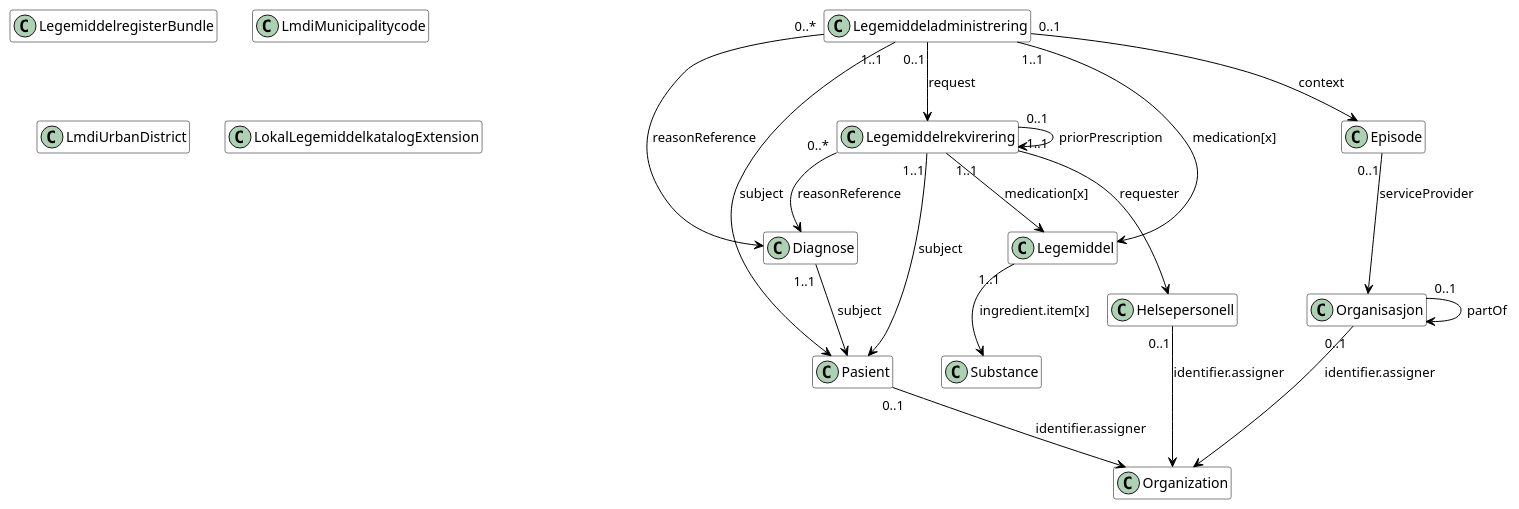
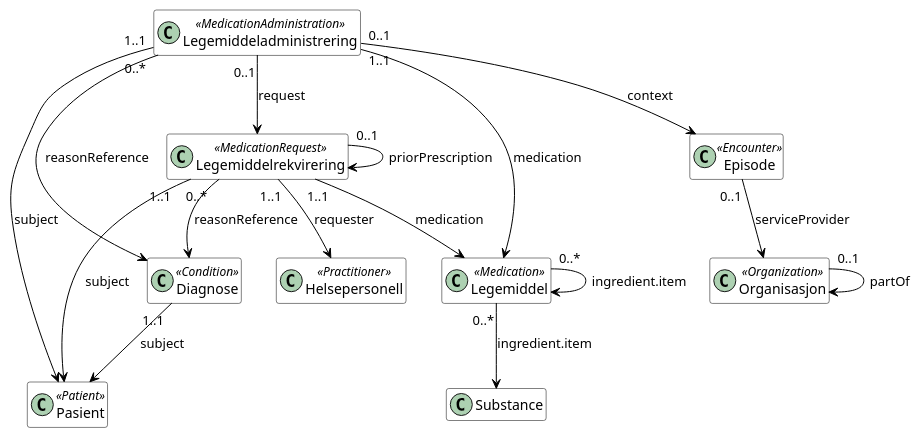
Before and after one commit to HL7Norway/LMDI: the diagram in LMDI/input/images/informasjonsmodell-enkel.plantuml, drawn with PlantUML. The commit also changed 1 other file, not shown here.

```diff
--- a/LMDI/input/images/informasjonsmodell-enkel.plantuml
+++ b/LMDI/input/images/informasjonsmodell-enkel.plantuml
@@ -1,43 +1,36 @@
 @startuml
 
 hide empty members
 skinparam class {
     BackgroundColor White
     ArrowColor Black
     BorderColor Black
 }
 
-class LegemiddelregisterBundle
-class Diagnose
-class Pasient
-class Episode
-class Organisasjon
-class Legemiddel
+class Diagnose <<Condition>>
+class Episode <<Encounter>>
+class Helsepersonell <<Practitioner>>
+class Legemiddel <<Medication>>
+class Legemiddeladministrering <<MedicationAdministration>>
+class Legemiddelrekvirering <<MedicationRequest>>
+class Organisasjon <<Organization>>
+class Pasient <<Patient>>
 class Substance
-class Legemiddeladministrering
-class Legemiddelrekvirering
-class Helsepersonell
-class LmdiMunicipalitycode
-class Organization
-class LmdiUrbanDistrict
-class LokalLegemiddelkatalogExtension
 
 Diagnose "1..1" --> Pasient : "subject"
 Episode "0..1" --> Organisasjon : "serviceProvider"
-Legemiddel "1..1" --> Substance : "ingredient.item[x]"
-Legemiddeladministrering "1..1" --> Legemiddel : "medication[x]"
+Legemiddel "0..*" --> Substance : "ingredient.item"
+Legemiddel "0..*" --> Legemiddel : "ingredient.item"
+Legemiddeladministrering "1..1" --> Legemiddel : "medication"
 Legemiddeladministrering "1..1" --> Pasient : "subject"
 Legemiddeladministrering "0..1" --> Episode : "context"
 Legemiddeladministrering "0..*" --> Diagnose : "reasonReference"
 Legemiddeladministrering "0..1" --> Legemiddelrekvirering : "request"
-Legemiddelrekvirering "1..1" --> Legemiddel : "medication[x]"
+Legemiddelrekvirering "1..1" --> Legemiddel : "medication"
 Legemiddelrekvirering "1..1" --> Pasient : "subject"
 Legemiddelrekvirering "1..1" --> Helsepersonell : "requester"
 Legemiddelrekvirering "0..*" --> Diagnose : "reasonReference"
 Legemiddelrekvirering "0..1" --> Legemiddelrekvirering : "priorPrescription"
-Organisasjon "0..1" --> Organization : "identifier.assigner"
 Organisasjon "0..1" --> Organisasjon : "partOf"
-Pasient "0..1" --> Organization : "identifier.assigner"
-Helsepersonell "0..1" --> Organization : "identifier.assigner"
 
 @enduml
```
